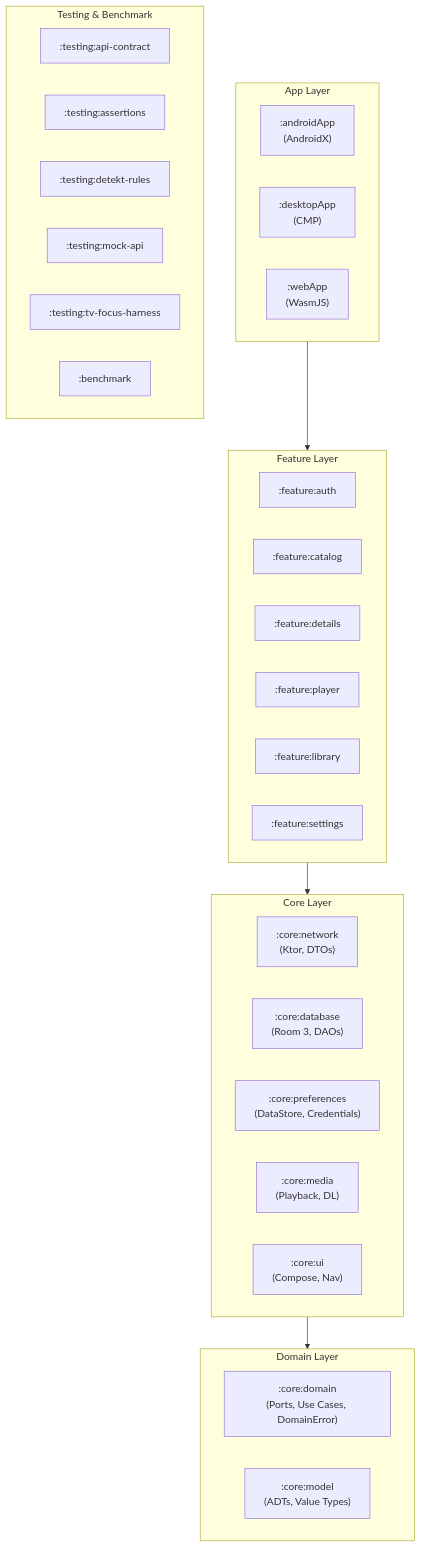
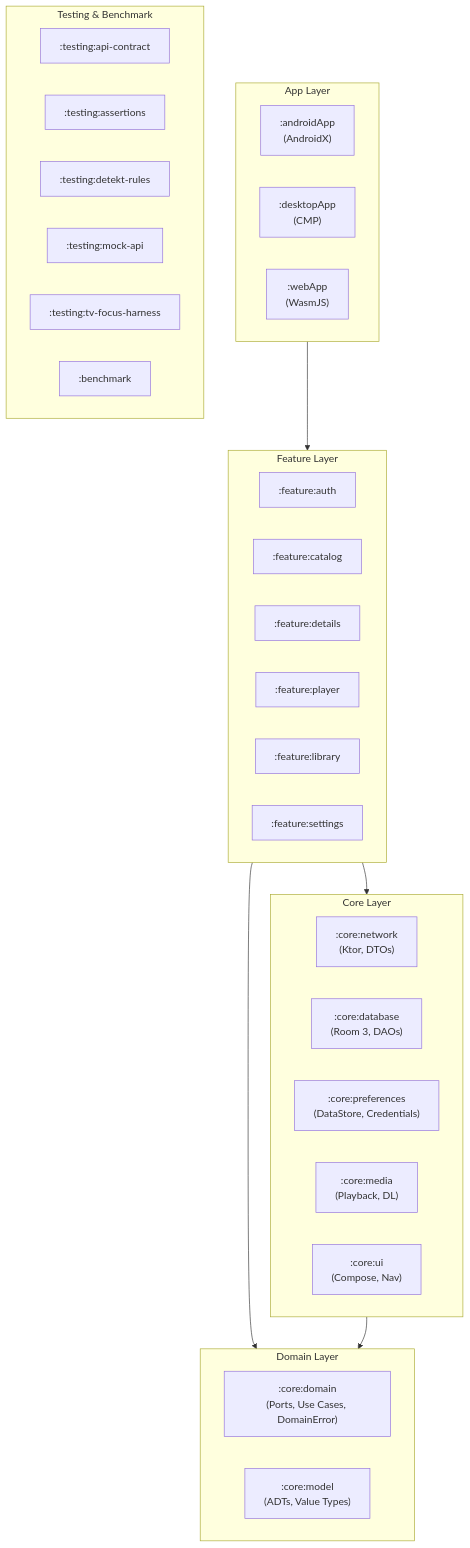
One commit to knirski/subsloth changed the diagram in README.md. Above: the diagram before and after it, drawn with Mermaid.

Commit message:
docs: add direct Feat to Domain dependency arrow to mermaid diagram
Addresses PR comment from @github-actions - features depend on
domain types directly in addition to depending on core implementations.

````diff
--- a/README.md
+++ b/README.md
@@ -88,44 +88,45 @@
 ```mermaid
 flowchart TB
     subgraph Apps["App Layer"]
         direction LR
         A1[":androidApp<br/>(AndroidX)"]
         A2[":desktopApp<br/>(CMP)"]
         A3[":webApp<br/>(WasmJS)"]
     end
     subgraph Feat["Feature Layer"]
         direction LR
         F1[":feature:auth"]
         F2[":feature:catalog"]
         F3[":feature:details"]
         F4[":feature:player"]
         F5[":feature:library"]
         F6[":feature:settings"]
     end
     subgraph Core["Core Layer"]
         direction LR
         C1[":core:network<br/>(Ktor, DTOs)"]
         C2[":core:database<br/>(Room 3, DAOs)"]
         C3[":core:preferences<br/>(DataStore, Credentials)"]
         C4[":core:media<br/>(Playback, DL)"]
         C5[":core:ui<br/>(Compose, Nav)"]
     end
     subgraph Domain["Domain Layer"]
         direction LR
         D1[":core:domain<br/>(Ports, Use Cases, DomainError)"]
         D2[":core:model<br/>(ADTs, Value Types)"]
     end
     subgraph Test["Testing & Benchmark"]
         direction LR
         T1[":testing:api-contract"]
         T2[":testing:assertions"]
         T3[":testing:detekt-rules"]
         T4[":testing:mock-api"]
         T5[":testing:tv-focus-harness"]
         BM[":benchmark"]
     end
 
     Apps --> Feat
     Feat --> Core
+    Feat --> Domain
     Core --> Domain
 ```
````
